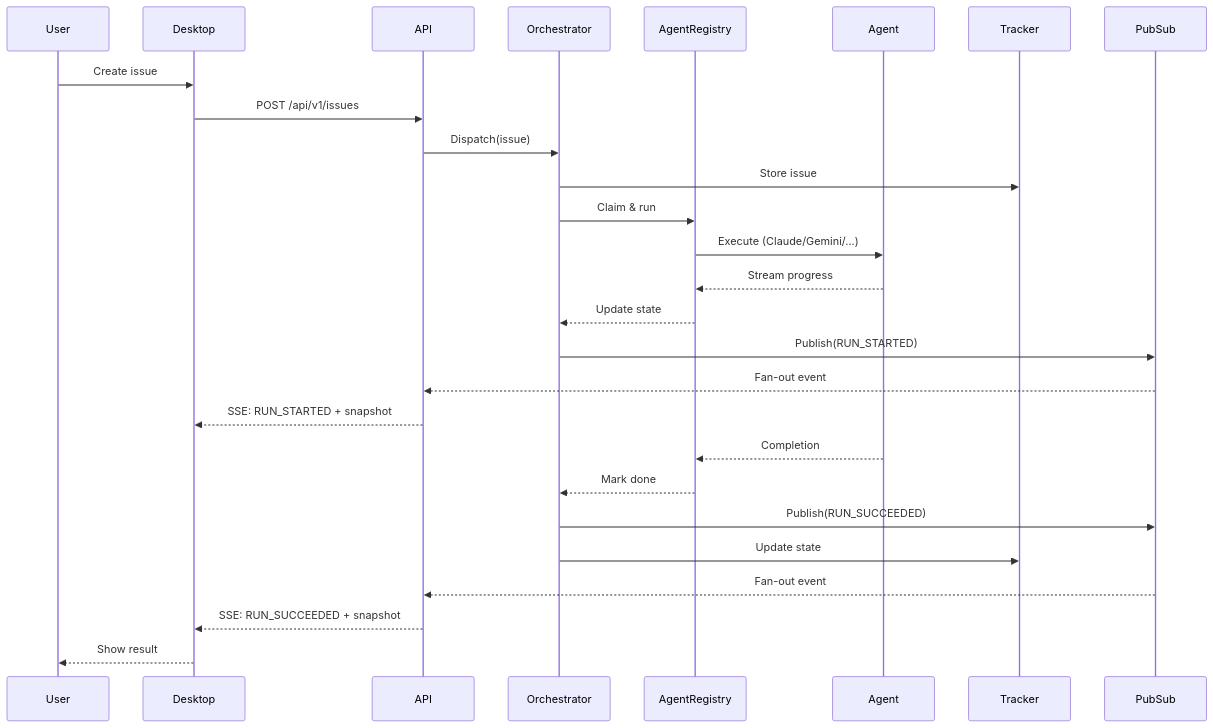
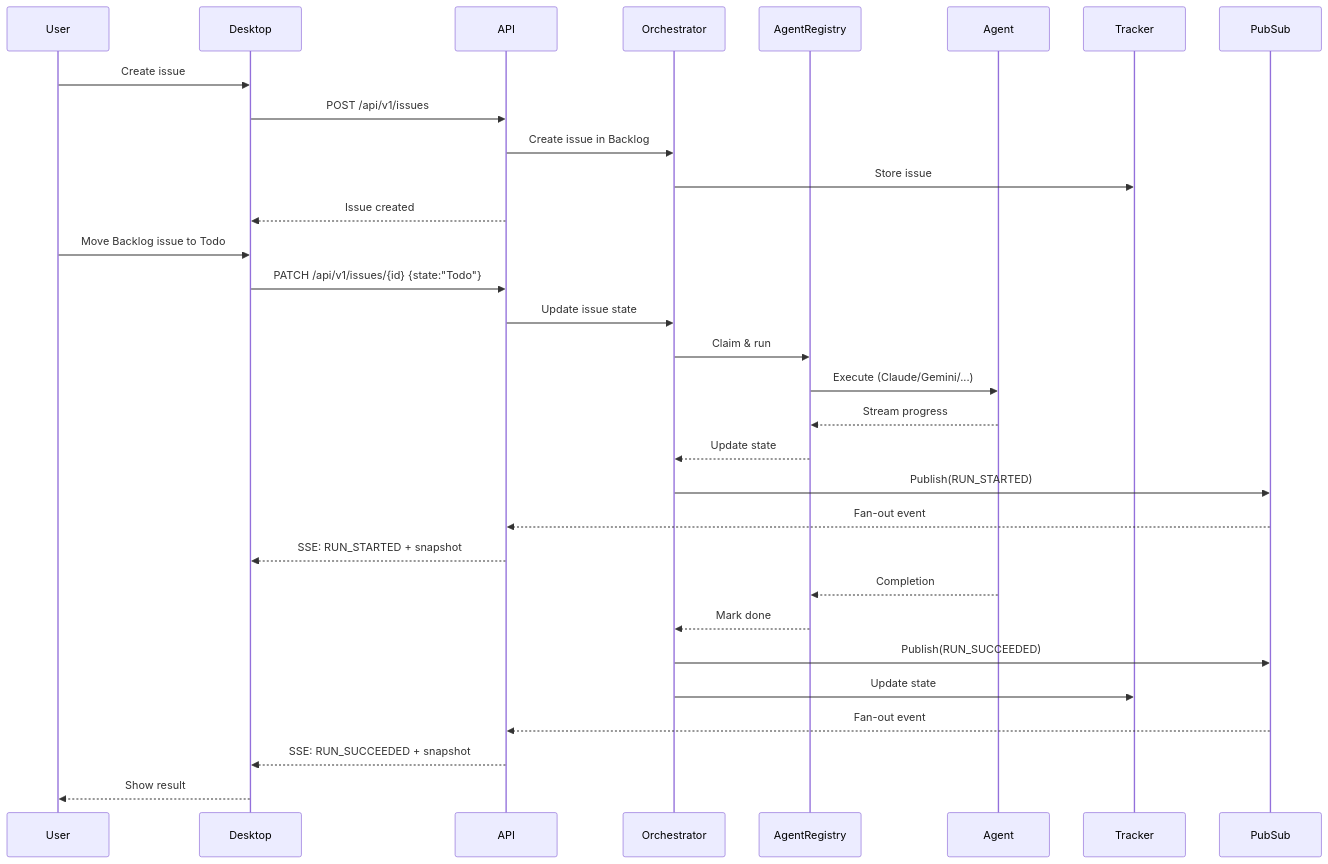
The third of 3 diagrams in docs/architecture/overview.md (bradAGI/Orchestra), drawn with Mermaid before and after one commit. The commit also changed other lines of this file and 10 other files, not shown here.

````diff
--- a/docs/architecture/overview.md
+++ b/docs/architecture/overview.md
@@ -110,30 +110,34 @@
 ```mermaid
 sequenceDiagram
     participant User
     participant Desktop
     participant API
     participant Orchestrator
     participant AgentRegistry
     participant Agent
     participant Tracker
     participant PubSub
 
     User->>Desktop: Create issue
     Desktop->>API: POST /api/v1/issues
-    API->>Orchestrator: Dispatch(issue)
+    API->>Orchestrator: Create issue in Backlog
     Orchestrator->>Tracker: Store issue
+    API-->>Desktop: Issue created
+    User->>Desktop: Move Backlog issue to Todo
+    Desktop->>API: PATCH /api/v1/issues/{id} {state:"Todo"}
+    API->>Orchestrator: Update issue state
     Orchestrator->>AgentRegistry: Claim & run
     AgentRegistry->>Agent: Execute (Claude/Gemini/...)
     Agent-->>AgentRegistry: Stream progress
     AgentRegistry-->>Orchestrator: Update state
     Orchestrator->>PubSub: Publish(RUN_STARTED)
     PubSub-->>API: Fan-out event
     API-->>Desktop: SSE: RUN_STARTED + snapshot
     Agent-->>AgentRegistry: Completion
     AgentRegistry-->>Orchestrator: Mark done
     Orchestrator->>PubSub: Publish(RUN_SUCCEEDED)
     Orchestrator->>Tracker: Update state
     PubSub-->>API: Fan-out event
     API-->>Desktop: SSE: RUN_SUCCEEDED + snapshot
     Desktop-->>User: Show result
 ```
````
